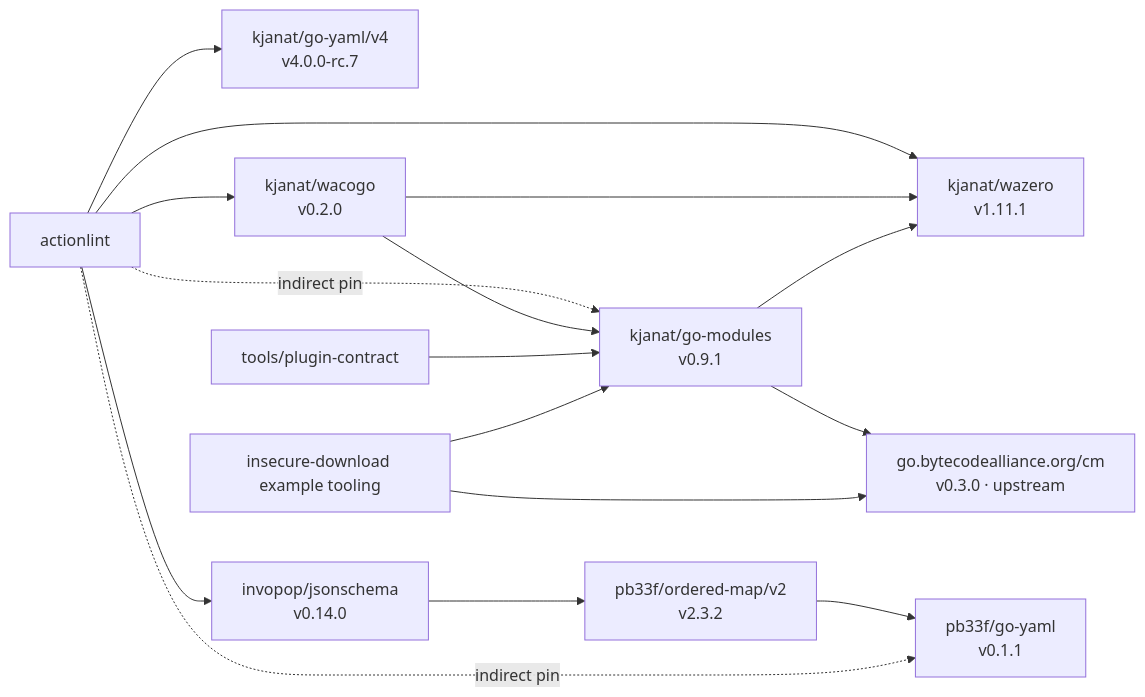
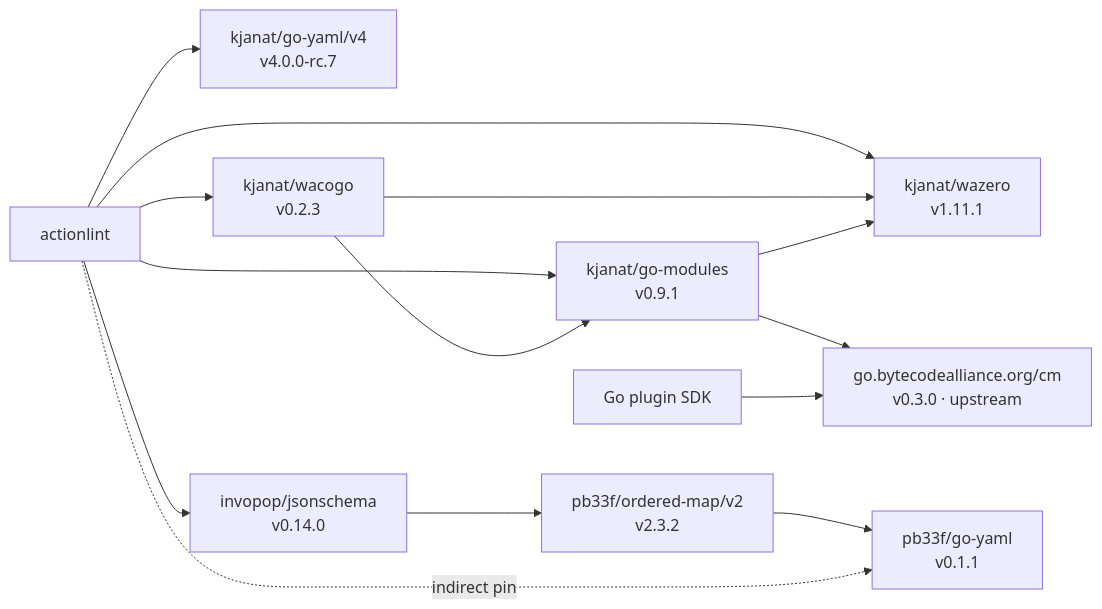
Before and after one commit to kjanat/actionlint: the diagram in docs/go-forks.md, drawn with Mermaid. The commit also changed other lines of this file and 37 other files, not shown here.

````diff
--- a/docs/go-forks.md
+++ b/docs/go-forks.md
@@ -7,18 +7,16 @@
 ```mermaid
 flowchart LR
     A[actionlint] --> Y["kjanat/go-yaml/v4<br/>v4.0.0-rc.7"]
-    A --> W["kjanat/wacogo<br/>v0.2.0"]
+    A --> W["kjanat/wacogo<br/>v0.2.3"]
     A --> Z["kjanat/wazero<br/>v1.11.1"]
-    A -. indirect pin .-> G["kjanat/go-modules<br/>v0.9.1"]
+    A --> G["kjanat/go-modules<br/>v0.9.1"]
     W --> G
     W --> Z
     G --> Z
     G --> CM["go.bytecodealliance.org/cm<br/>v0.3.0 · upstream"]
-    T[tools/plugin-contract] --> G
-    E[insecure-download example tooling] --> G
-    E --> CM
+    E[Go plugin SDK] --> CM
     A --> J["invopop/jsonschema<br/>v0.14.0"]
     J --> O["pb33f/ordered-map/v2<br/>v2.3.2"]
     O --> P["pb33f/go-yaml<br/>v0.1.1"]
     A -. indirect pin .-> P
 ```
````
